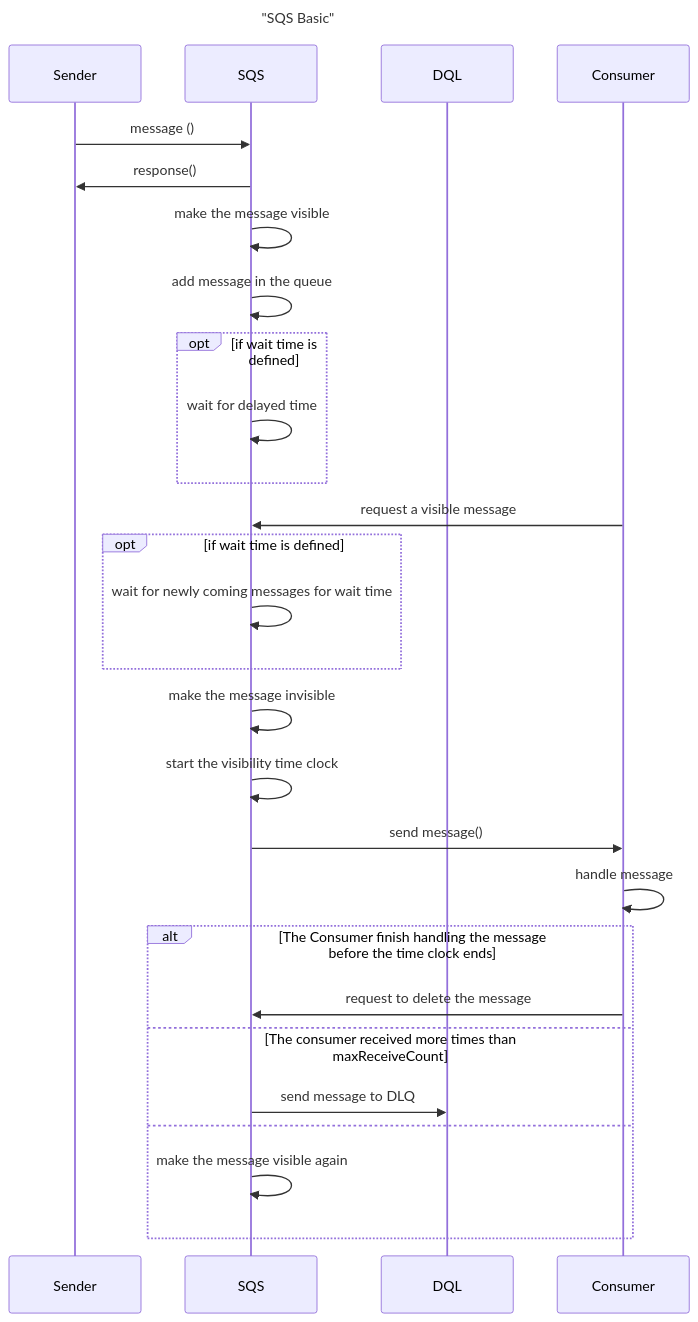
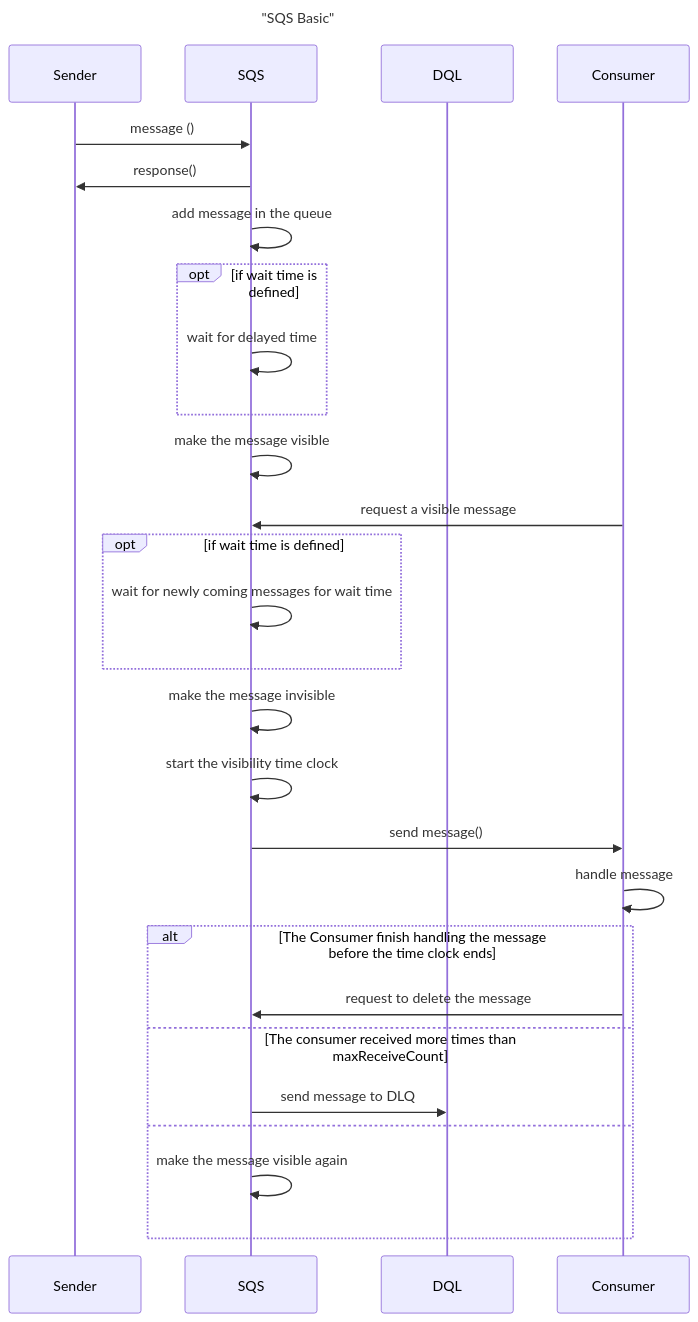
The diagram in sqs.mermaid (maclt/sequence-diagram), drawn with Mermaid before and after one commit. The commit also changed other lines of this file, not shown here.

```diff
--- a/sqs.mermaid
+++ b/sqs.mermaid
@@ -1,30 +1,30 @@
 sequenceDiagram
 title "SQS Basic"
 
 participant Sender
 participant SQS
 participant DQL
 participant Consumer
 
     Sender ->> SQS : message ()
     SQS ->> Sender: response()
-    SQS ->> SQS: make the message visible
     SQS ->> SQS: add message in the queue
     opt if wait time is defined
         SQS ->> SQS: wait for delayed time
     end
+    SQS ->> SQS: make the message visible
     Consumer ->> SQS: request a visible message
     opt if wait time is defined
         SQS ->> SQS: wait for newly coming messages for wait time
     end
     SQS ->> SQS: make the message invisible
     SQS ->> SQS: start the visibility time clock
     SQS ->> Consumer: send message()
     Consumer ->> Consumer: handle message
     alt The Consumer finish handling the message before the time clock ends
         Consumer ->> SQS: request to delete the message
     else The consumer received more times than maxReceiveCount
         SQS ->> DQL: send message to DLQ
     else
         SQS ->> SQS: make the message visible again
     end
```
